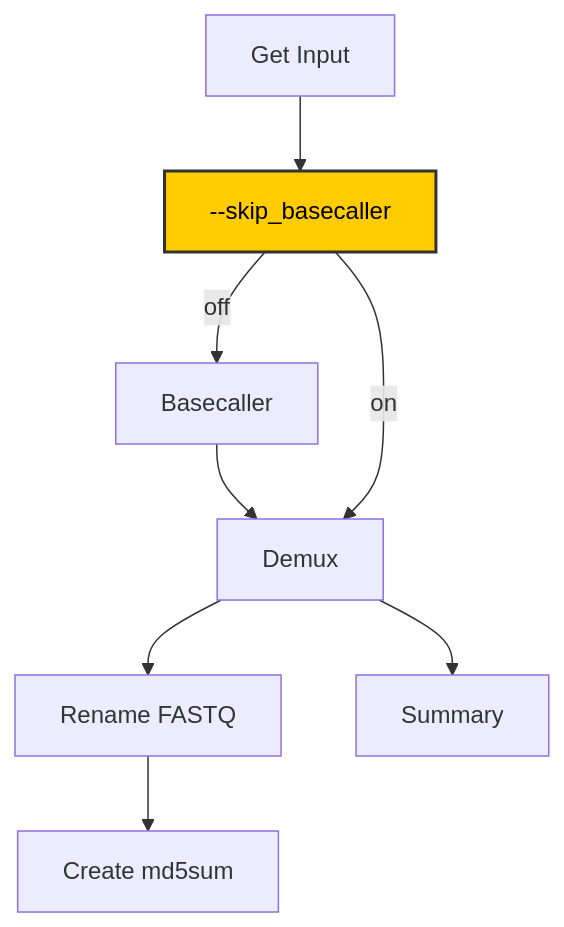
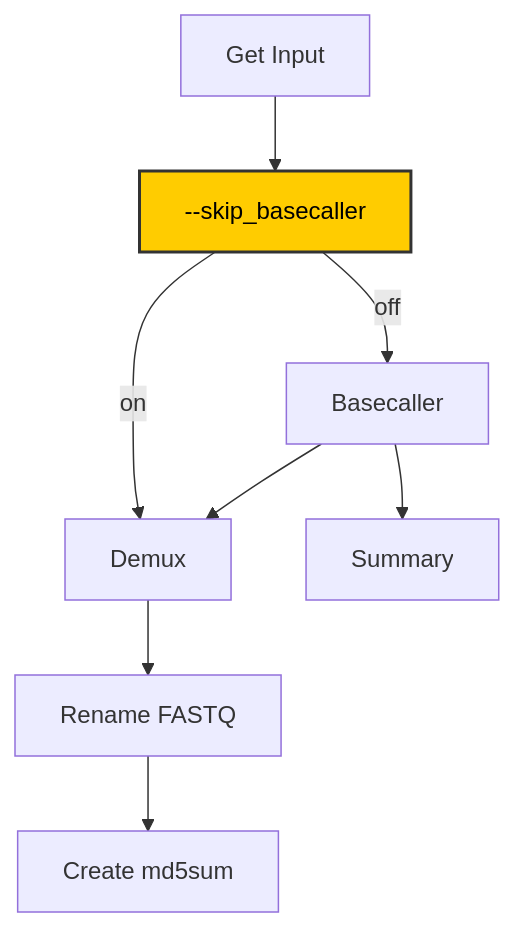
The diagram in README.md (nwankaew/ont_basecalling_demux), drawn with Mermaid before and after one commit.

````diff
--- a/README.md
+++ b/README.md
@@ -6,13 +6,13 @@
 ```mermaid
 graph TD
     GetInput["Get Input"] --> sw["--skip_basecaller"]
     sw -- "off" --> Basecaller["Basecaller"]
     Basecaller --> Demux["Demux"]
     sw -- "on" --> Demux
     Demux --> rename_fastq["Rename FASTQ"]
     rename_fastq --> create_md5sum["Create md5sum"]
-    Demux --> summary["Summary"]
+    Basecaller --> summary["Summary"]
 
     classDef switchStyle fill:#ffcc00,stroke:#333,stroke-width:2px,color:#000;
     class sw switchStyle;
 ```
````
